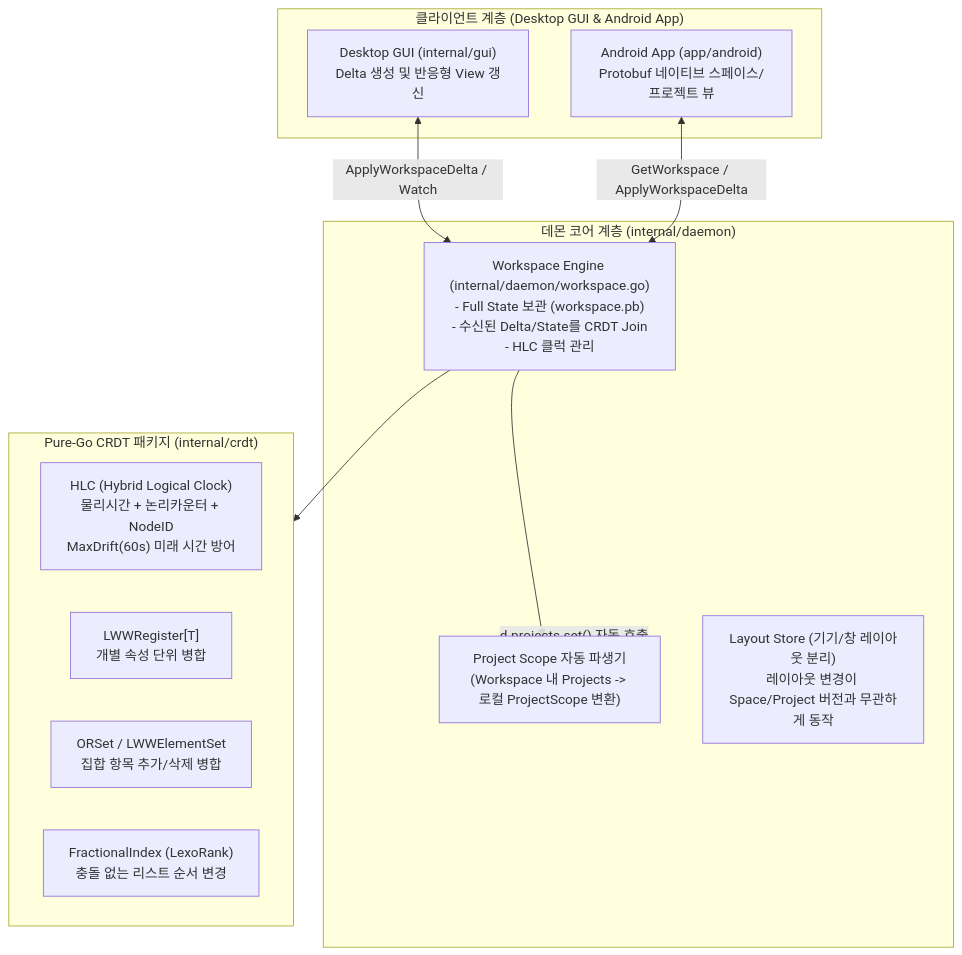
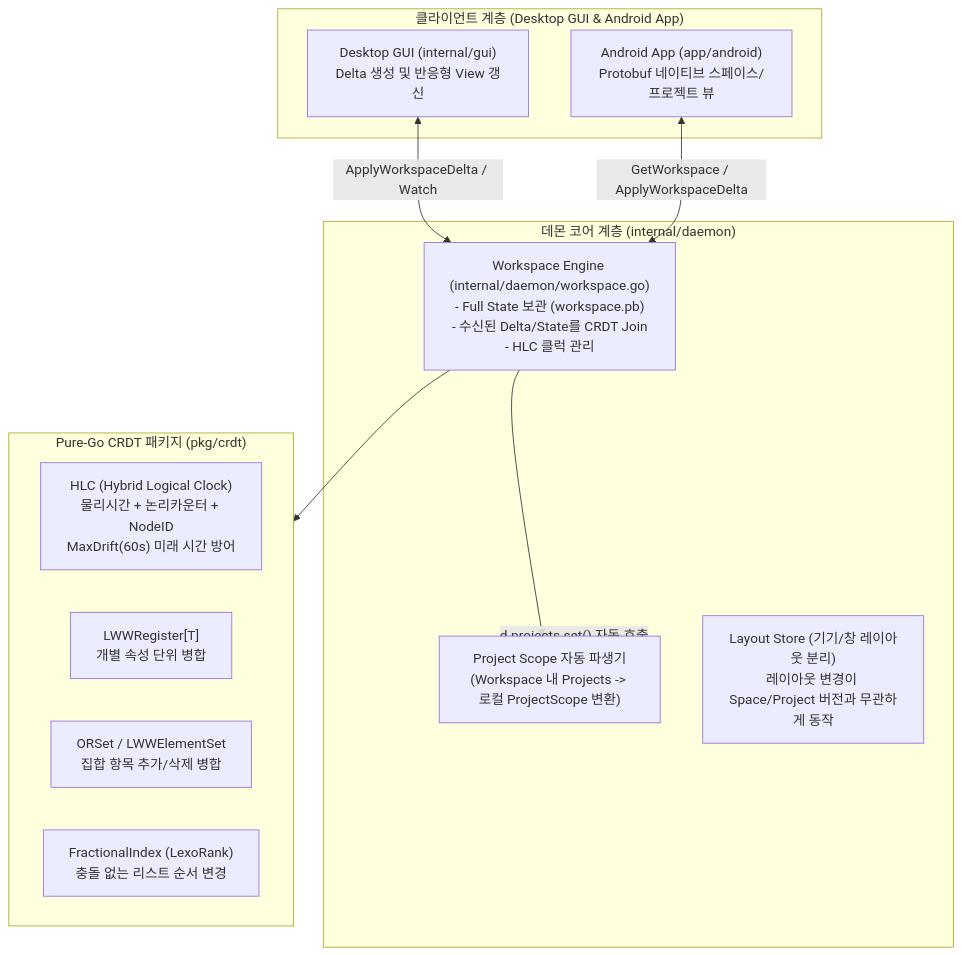
One commit to ironpark/mako changed the second of 3 diagrams in docs/workspace-sync-plan.md. Above: the diagram before and after it, drawn with Mermaid. The commit also changed other lines of this file and 242 other files, not shown here.

````diff
--- a/docs/workspace-sync-plan.md
+++ b/docs/workspace-sync-plan.md
@@ -94,25 +94,25 @@
 ```mermaid
 flowchart TD
     subgraph Clients ["클라이언트 계층 (Desktop GUI & Android App)"]
         GUI["Desktop GUI (internal/gui)<br/>Delta 생성 및 반응형 View 갱신"]
         Android["Android App (app/android)<br/>Protobuf 네이티브 스페이스/프로젝트 뷰"]
     end
 
     subgraph DaemonLayer ["데몬 코어 계층 (internal/daemon)"]
         WSManager["Workspace Engine (internal/daemon/workspace.go)<br/>- Full State 보관 (workspace.pb)<br/>- 수신된 Delta/State를 CRDT Join<br/>- HLC 클럭 관리"]
         ProjDeriver["Project Scope 자동 파생기<br/>(Workspace 내 Projects -> 로컬 ProjectScope 변환)"]
         LayoutStore["Layout Store (기기/창 레이아웃 분리)<br/>레이아웃 변경이 Space/Project 버전과 무관하게 동작"]
     end
 
-    subgraph CRDTLayer ["Pure-Go CRDT 패키지 (internal/crdt)"]
+    subgraph CRDTLayer ["Pure-Go CRDT 패키지 (pkg/crdt)"]
         HLC["HLC (Hybrid Logical Clock)<br/>물리시간 + 논리카운터 + NodeID<br/>MaxDrift(60s) 미래 시간 방어"]
         LWWReg["LWWRegister[T]<br/>개별 속성 단위 병합"]
         AWSet["ORSet / LWWElementSet<br/>집합 항목 추가/삭제 병합"]
         FracIdx["FractionalIndex (LexoRank)<br/>충돌 없는 리스트 순서 변경"]
     end
 
     GUI <-->|"ApplyWorkspaceDelta / Watch"| WSManager
     Android <-->|"GetWorkspace / ApplyWorkspaceDelta"| WSManager
     WSManager --> ProjDeriver -->|"d.projects.set() 자동 호출"| DaemonLayer
     WSManager --> CRDTLayer
 ```
````
